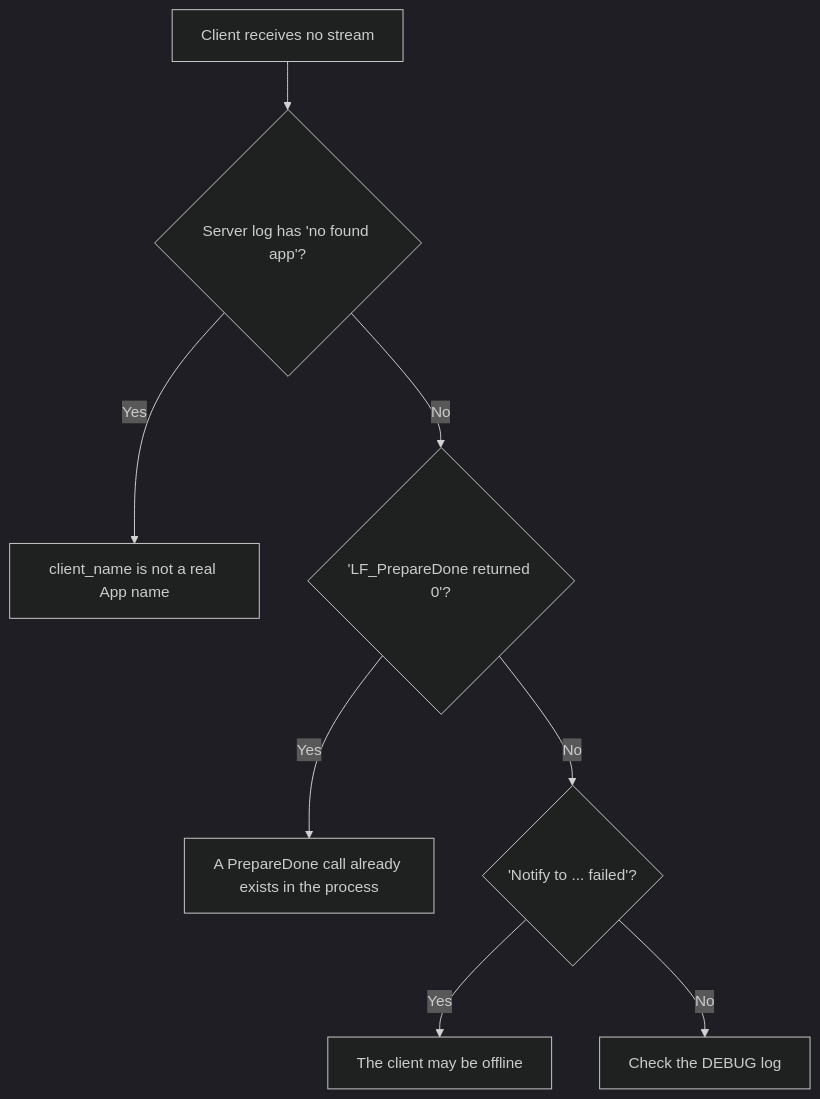
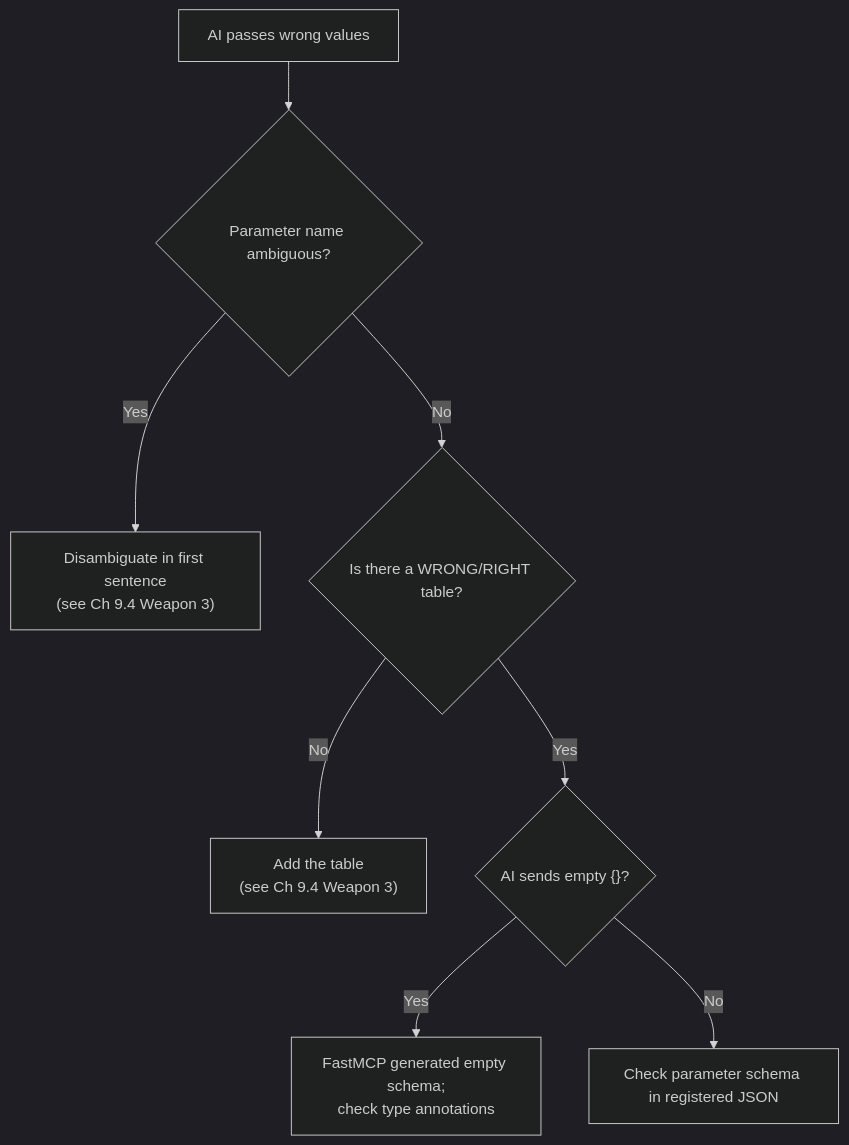
One commit to PassByYou888/LingoFuse-Tools changed diagram 50 of 55 in src/pascal_c_to_mcp/code_decl_to_mcp_knowledge_base.md. Above: the diagram before and after it, drawn with Mermaid (dark theme). The commit also changed other lines of this file, not shown here.

````diff
--- a/src/pascal_c_to_mcp/code_decl_to_mcp_knowledge_base.md
+++ b/src/pascal_c_to_mcp/code_decl_to_mcp_knowledge_base.md
@@ -1616,10 +2411,10 @@
 ```mermaid
 flowchart TD
-    START["Client receives no stream"] --> Q1{"Server log has 'no found app'?"}
-    Q1 -- Yes --> A1["client_name is not a real App name"]
-    Q1 -- No --> Q2{"'LF_PrepareDone returned 0'?"}
-    Q2 -- Yes --> A2["A PrepareDone call already exists in the process"]
-    Q2 -- No --> Q3{"'Notify to ... failed'?"}
-    Q3 -- Yes --> A3["The client may be offline"]
-    Q3 -- No --> Q4["Check the DEBUG log"]
+    Start["AI passes wrong values"] --> Q1{"Parameter name ambiguous?"}
+    Q1 -- Yes --> A1["Disambiguate in first sentence<br/>(see Ch 9.4 Weapon 3)"]
+    Q1 -- No --> Q2{"Is there a WRONG/RIGHT table?"}
+    Q2 -- No --> A2["Add the table<br/>(see Ch 9.4 Weapon 3)"]
+    Q2 -- Yes --> Q3{"AI sends empty {}?"}
+    Q3 -- Yes --> A3["FastMCP generated empty schema;<br/>check type annotations"]
+    Q3 -- No --> A4["Check parameter schema in registered JSON"]
 ```
````
